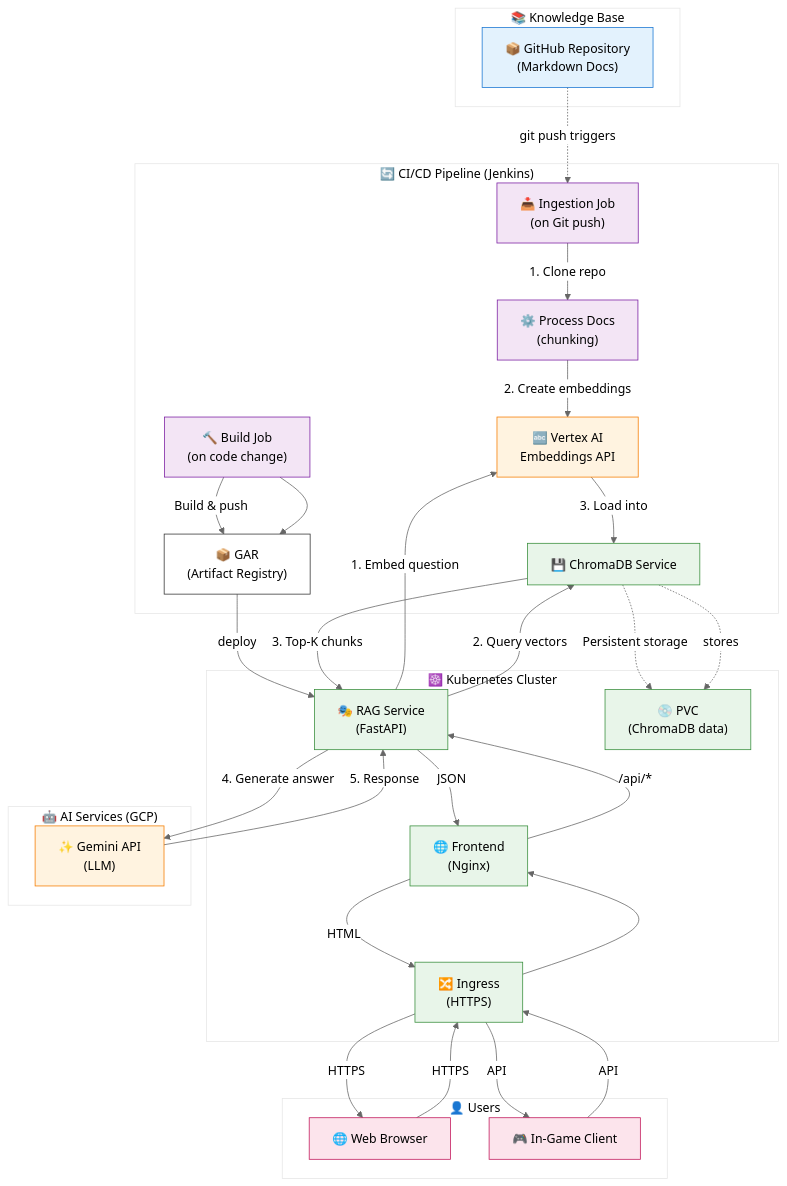
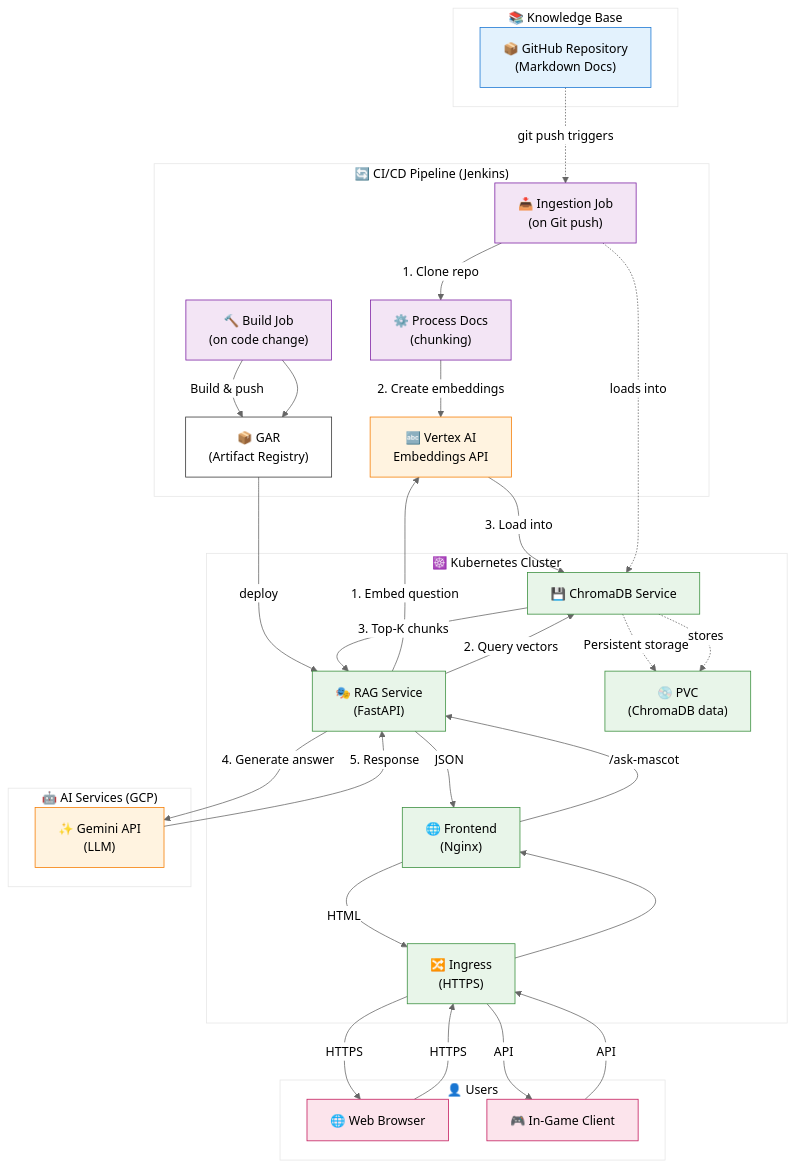
Before and after one commit to Cervator/uplifted-mascot: the diagram in README.md, drawn with Mermaid. The commit also changed 5 other files, not shown here.

````diff
--- a/README.md
+++ b/README.md
@@ -7,75 +7,76 @@
 ```mermaid
 %%{init: {'theme':'base', 'themeVariables': {'primaryColor':'#fff', 'primaryTextColor':'#000', 'primaryBorderColor':'#333', 'lineColor':'#666'}}}%%
 flowchart TB
     subgraph SOURCE["📚 Knowledge Base"]
         GitRepo["📦 GitHub Repository<br/>(Markdown Docs)"]
+    end
+    
+    subgraph K8S["☸️ Kubernetes Cluster"]
+        ChromaDBService["💾 ChromaDB Service"]
+        RAGService["🎭 RAG Service<br/>(FastAPI)"]
+        Frontend["🌐 Frontend<br/>(Nginx)"]
+        Ingress["🔀 Ingress<br/>(HTTPS)"]
+        PVC["💿 PVC<br/>(ChromaDB data)"]
+        
+        ChromaDBService -.->|Persistent storage| PVC
     end
     
     subgraph CI["🔄 CI/CD Pipeline (Jenkins)"]
         IngestionJob["📥 Ingestion Job<br/>(on Git push)"]
         BuildJob["🔨 Build Job<br/>(on code change)"]
         
         IngestionJob -->|1. Clone repo| ProcessDocs["⚙️ Process Docs<br/>(chunking)"]
         ProcessDocs -->|2. Create embeddings| VertexEmbed["🔤 Vertex AI<br/>Embeddings API"]
         VertexEmbed -->|3. Load into| ChromaDBService
         
         BuildJob -->|Build & push| GAR["📦 GAR<br/>(Artifact Registry)"]
-    end
-    
-    subgraph K8S["☸️ Kubernetes Cluster"]
-        ChromaDBService["💾 ChromaDB Service"]
-        RAGService["🎭 RAG Service<br/>(FastAPI)"]
-        Frontend["🌐 Frontend<br/>(Nginx)"]
-        Ingress["🔀 Ingress<br/>(HTTPS)"]
-        PVC["💿 PVC<br/>(ChromaDB data)"]
-        
-        ChromaDBService -.->|Persistent storage| PVC
     end
     
     subgraph AI["🤖 AI Services (GCP)"]
         VertexEmbed
         Gemini["✨ Gemini API<br/>(LLM)"]
     end
     
     subgraph USER["👤 Users"]
         WebUser["🌐 Web Browser"]
         GameUser["🎮 In-Game Client"]
     end
     
     %% Ingestion flow (blue, dashed)
     GitRepo -.->|git push triggers| IngestionJob
+    IngestionJob -.->|loads into| ChromaDBService
     ChromaDBService -.->|stores| PVC
     
     %% Build flow (green)
     BuildJob --> GAR
     GAR -->|deploy| RAGService
     
     %% Query flow (orange)
     WebUser -->|HTTPS| Ingress
     GameUser -->|API| Ingress
     Ingress --> Frontend
-    Frontend -->|/api/*| RAGService
+    Frontend -->|/ask-mascot| RAGService
     
     RAGService -->|1. Embed question| VertexEmbed
     RAGService -->|2. Query vectors| ChromaDBService
     ChromaDBService -->|3. Top-K chunks| RAGService
     RAGService -->|4. Generate answer| Gemini
     Gemini -->|5. Response| RAGService
     RAGService -->|JSON| Frontend
     Frontend -->|HTML| Ingress
     Ingress -->|HTTPS| WebUser
     Ingress -->|API| GameUser
     
     %% Styling
     classDef source fill:#e3f2fd,stroke:#1976d2
     classDef cicd fill:#f3e5f5,stroke:#7b1fa2
     classDef k8s fill:#e8f5e9,stroke:#388e3c
     classDef ai fill:#fff3e0,stroke:#f57c00
     classDef user fill:#fce4ec,stroke:#c2185b
     
     class GitRepo source
     class IngestionJob,BuildJob,ProcessDocs cicd
     class ChromaDBService,RAGService,Frontend,Ingress,PVC k8s
     class VertexEmbed,Gemini ai
     class WebUser,GameUser user
 ```
````
